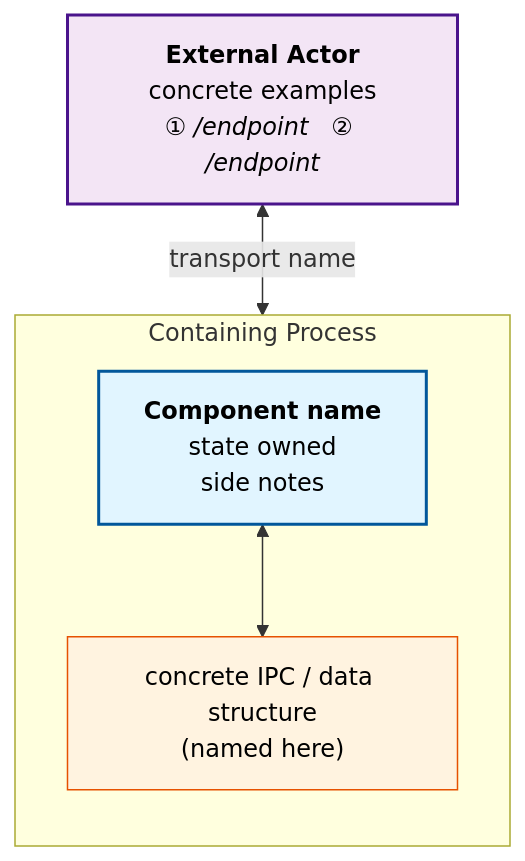
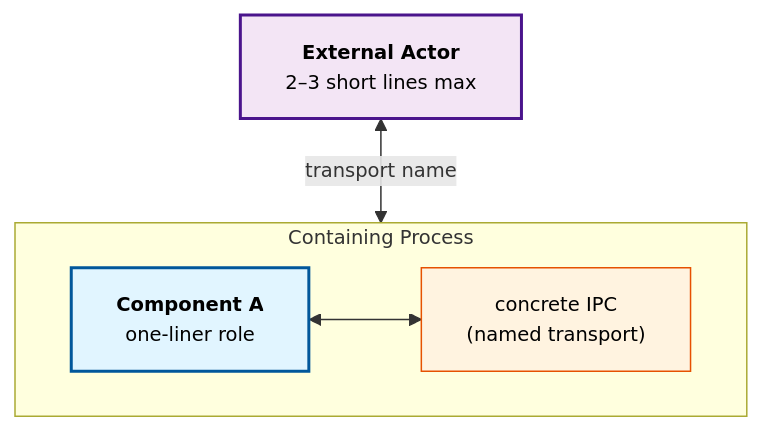
Before and after one commit to shikicloud/MLSys: the diagram in skills/wiki-format-skill/SKILL.md, drawn with Mermaid. The commit also changed other lines of this file and 4 other files, not shown here.

First line of the commit message:
Compress prorl-agent diagram nodes; add lean-node rule to skill

````diff
--- a/skills/wiki-format-skill/SKILL.md
+++ b/skills/wiki-format-skill/SKILL.md
@@ -538,17 +557,17 @@
 ```mermaid
+%%{init: {"flowchart": {"nodeSpacing": 40, "rankSpacing": 50}, "themeVariables": {"fontSize": "13px"}}}%%
 flowchart TB
     classDef ext fill:#f3e5f5,stroke:#4a148c,stroke-width:2px,color:#000
     classDef svc fill:#e1f5ff,stroke:#01579b,stroke-width:2px,color:#000
     classDef state fill:#fff3e0,stroke:#e65100,stroke-width:1px,color:#000
 
-    Trainer["<b>External Actor</b><br/>concrete examples<br/><i>① /endpoint &nbsp; ② /endpoint</i>"]:::ext
+    Trainer["<b>External Actor</b><br/>2–3 short lines max"]:::ext
 
     subgraph Server["Containing Process"]
-        direction TB
-        Component1["<b>Component name</b><br/>state owned<br/>side notes"]:::svc
-        Component2["concrete IPC / data structure<br/>(named here)"]:::state
+        Component1["<b>Component A</b><br/>one-liner role"]:::svc
+        Component2["concrete IPC<br/>(named transport)"]:::state
         Component1 <--> Component2
     end
 
     Trainer <-->|"transport name"| Server
 ```
````
